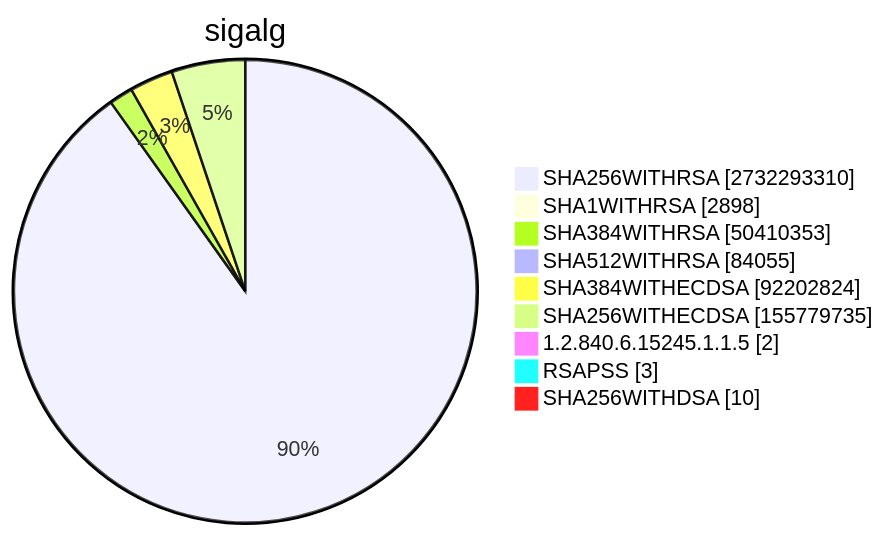
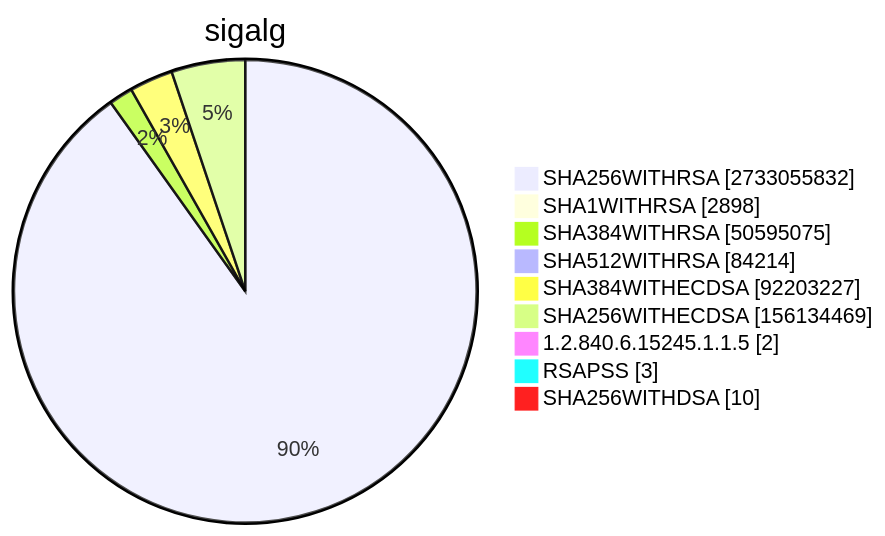
Before and after one commit to christiankrug/ctmonitor_visualization: diagram 15 of 15 in TOTAL/README.md, drawn with Mermaid. The commit also changed other lines of this file, not shown here.

````diff
--- a/TOTAL/README.md
+++ b/TOTAL/README.md
@@ -6199,13 +6199,13 @@
 ```mermaid
 pie showData
 title sigalg
-"SHA256WITHRSA" :2732293310
+"SHA256WITHRSA" :2733055832
 "SHA1WITHRSA" :2898
-"SHA384WITHRSA" :50410353
-"SHA512WITHRSA" :84055
-"SHA384WITHECDSA" :92202824
-"SHA256WITHECDSA" :155779735
+"SHA384WITHRSA" :50595075
+"SHA512WITHRSA" :84214
+"SHA384WITHECDSA" :92203227
+"SHA256WITHECDSA" :156134469
 "1.2.840.6.15245.1.1.5" :2
 "RSAPSS" :3
 "SHA256WITHDSA" :10
 ```
````
